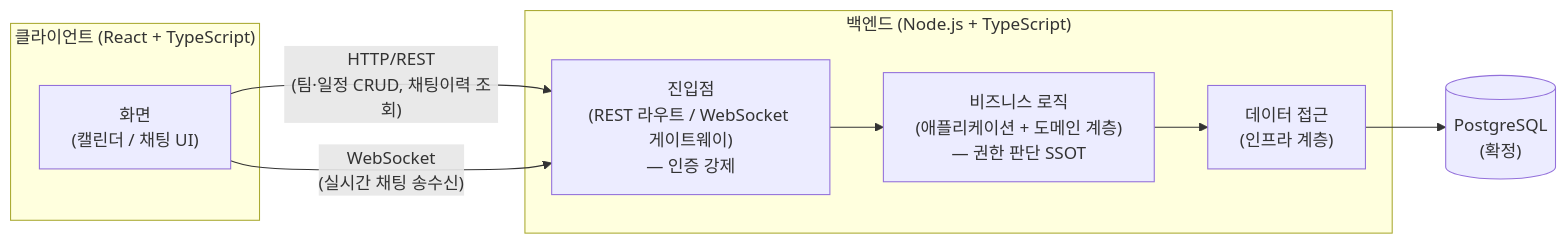
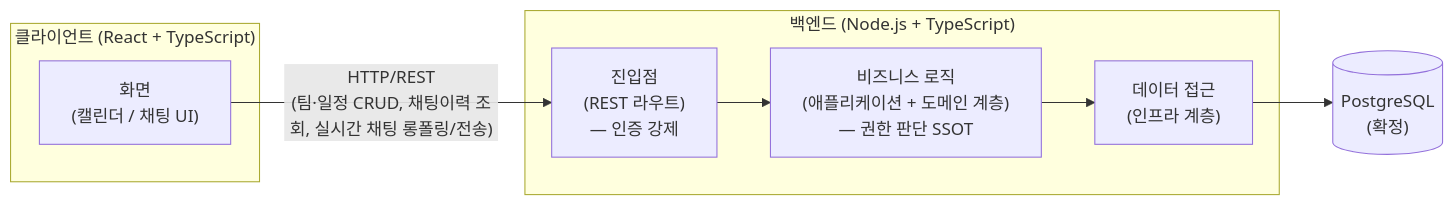
Before and after one commit to softwarehuens-coder/team-caltalk-: the diagram in docs/5-arch-diagram.md, drawn with Mermaid. The commit also changed other lines of this file and 34 other files, not shown here.

````diff
--- a/docs/5-arch-diagram.md
+++ b/docs/5-arch-diagram.md
@@ -24,20 +25,19 @@
 ```mermaid
 graph LR
     subgraph FE["클라이언트 (React + TypeScript)"]
         UI["화면<br/>(캘린더 / 채팅 UI)"]
     end
 
     subgraph BE["백엔드 (Node.js + TypeScript)"]
-        Entry["진입점<br/>(REST 라우트 / WebSocket 게이트웨이)<br/>— 인증 강제"]
+        Entry["진입점<br/>(REST 라우트)<br/>— 인증 강제"]
         Logic["비즈니스 로직<br/>(애플리케이션 + 도메인 계층)<br/>— 권한 판단 SSOT"]
         Data["데이터 접근<br/>(인프라 계층)"]
     end
 
     DB[("PostgreSQL<br/>(확정)")]
 
-    UI -- "HTTP/REST<br/>(팀·일정 CRUD, 채팅이력 조회)" --> Entry
-    UI -- "WebSocket<br/>(실시간 채팅 송수신)" --> Entry
+    UI -- "HTTP/REST<br/>(팀·일정 CRUD, 채팅이력 조회, 실시간 채팅 롱폴링/전송)" --> Entry
     Entry --> Logic
     Logic --> Data
     Data --> DB
 ```
````
